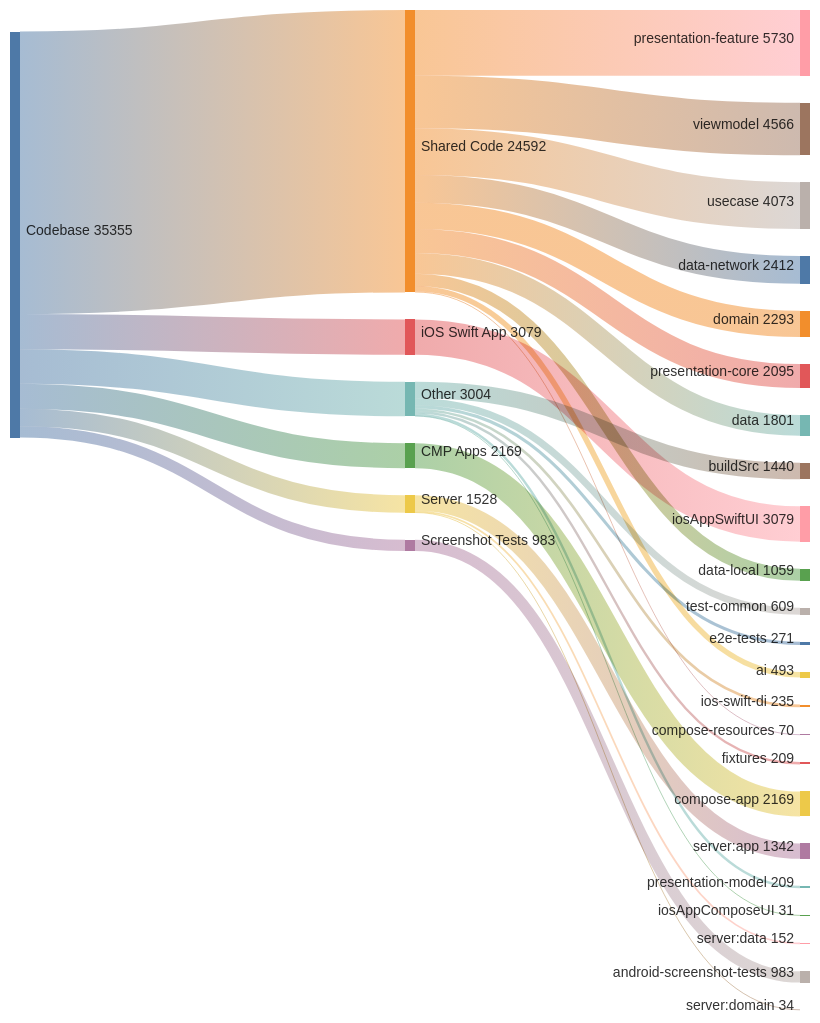
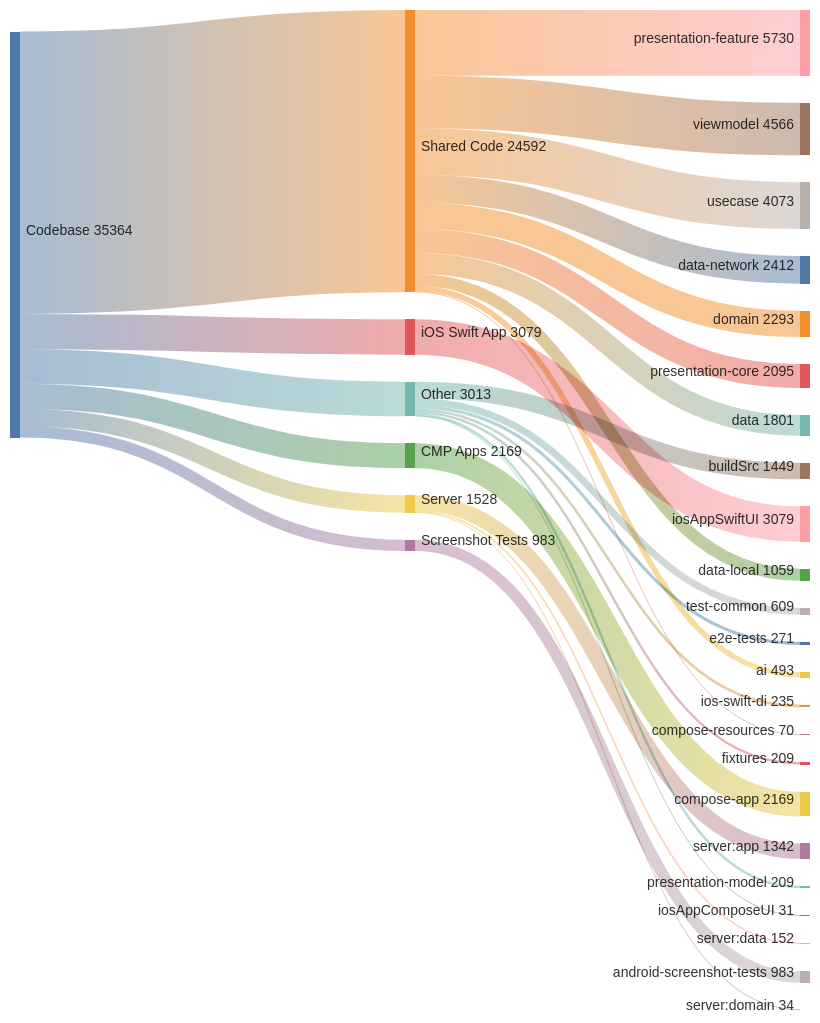
One commit to cartland/battery-butler changed the diagram in docs/CODE_ANALYSIS.md. Above: the diagram before and after it, drawn with Mermaid. The commit also changed other lines of this file and 4 other files, not shown here.

First line of the commit message:
refactor: Extract Sankey chart to standalone .mmd file (#884)

````diff
--- a/docs/CODE_ANALYSIS.md
+++ b/docs/CODE_ANALYSIS.md
@@ -41,49 +41,49 @@
 ```mermaid
 ---
 config:
   sankey:
     showValues: true
     width: 800
     height: 1000
     nodeAlignment: justify
     linkColor: gradient
 ---
 sankey-beta
 
 Codebase,Shared Code,24592
 Codebase,iOS Swift App,3079
-Codebase,Other,3004
+Codebase,Other,3013
 Codebase,CMP Apps,2169
 Codebase,Server,1528
 Codebase,Screenshot Tests,983
 
 Shared Code,presentation-feature,5730
 Shared Code,viewmodel,4566
 Shared Code,usecase,4073
 Shared Code,data-network,2412
 Shared Code,domain,2293
 Shared Code,presentation-core,2095
 Shared Code,data,1801
 Shared Code,data-local,1059
 Shared Code,ai,493
 Shared Code,compose-resources,70
 
 iOS Swift App,iosAppSwiftUI,3079
 
-Other,buildSrc,1440
+Other,buildSrc,1449
 Other,test-common,609
 Other,e2e-tests,271
 Other,ios-swift-di,235
 Other,fixtures,209
 Other,presentation-model,209
 Other,iosAppComposeUI,31
 
 CMP Apps,compose-app,2169
 
 Server,server:app,1342
 Server,server:data,152
 Server,server:domain,34
 
 Screenshot Tests,android-screenshot-tests,983
 
 ```
````
